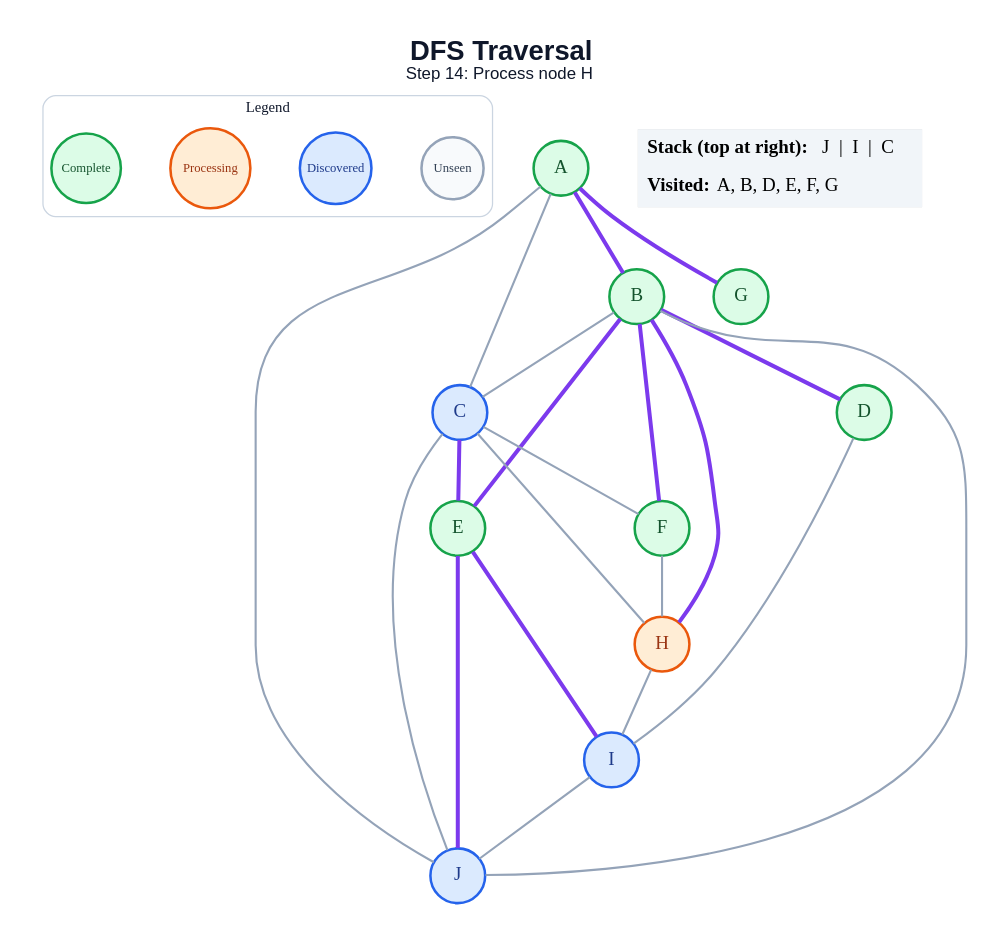
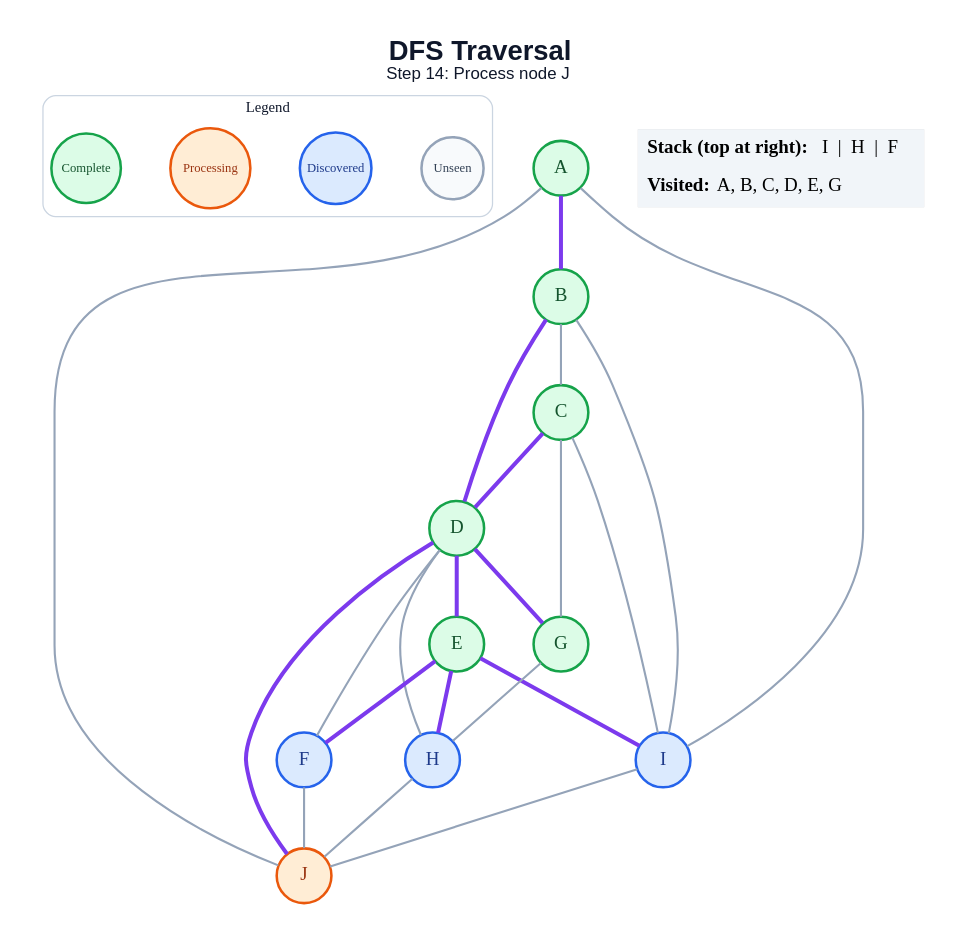
Before and after one commit to anon7238593-create/ai-slop: the diagram in generated/specific-node/dfs/step_14.dot, drawn with Graphviz. The commit also changed 171 other files, not shown here.

```diff
--- a/generated/specific-node/dfs/step_14.dot
+++ b/generated/specific-node/dfs/step_14.dot
@@ -1,49 +1,50 @@
 graph traversal {
   graph [layout=dot, rankdir=TB, bgcolor="#FFFFFF", pad="0.35", nodesep="0.65", ranksep="0.8", fontname="Arial"];
   node [shape=circle, style="filled", fontname="Arial Bold", fontsize=18, width=0.72, fixedsize=true, penwidth=2.4];
   edge [color="#94A3B8", penwidth=2.0];
-  label=<<B>DFS Traversal</B><BR/><FONT POINT-SIZE="16">Step 14: Process node H</FONT>>; labelloc="t"; fontsize=26; fontname="Arial"; fontcolor="#0F172A";
+  label=<<B>DFS Traversal</B><BR/><FONT POINT-SIZE="16">Step 14: Process node J</FONT>>; labelloc="t"; fontsize=26; fontname="Arial"; fontcolor="#0F172A";
   subgraph cluster_legend { label="Legend"; color="#CBD5E1"; penwidth=1.2; style="rounded"; fontsize=14; fontname="Arial Bold";
     key_unseen [label="Unseen", fillcolor="#F8FAFC", color="#94A3B8", fontcolor="#334155", fontsize=12, width=0.82];
     key_frontier [label="Discovered", fillcolor="#DBEAFE", color="#2563EB", fontcolor="#1E3A8A", fontsize=12, width=0.95];
     key_current [label="Processing", fillcolor="#FFEDD5", color="#EA580C", fontcolor="#9A3412", fontsize=12, width=1.05];
     key_done [label="Complete", fillcolor="#DCFCE7", color="#16A34A", fontcolor="#14532D", fontsize=12, width=0.92];
     { rank=same; key_unseen; key_frontier; key_current; key_done; }
   }
   A [fillcolor="#DCFCE7", color="#16A34A", fontcolor="#14532D"];
   B [fillcolor="#DCFCE7", color="#16A34A", fontcolor="#14532D"];
-  C [fillcolor="#DBEAFE", color="#2563EB", fontcolor="#1E3A8A"];
+  C [fillcolor="#DCFCE7", color="#16A34A", fontcolor="#14532D"];
   D [fillcolor="#DCFCE7", color="#16A34A", fontcolor="#14532D"];
   E [fillcolor="#DCFCE7", color="#16A34A", fontcolor="#14532D"];
-  F [fillcolor="#DCFCE7", color="#16A34A", fontcolor="#14532D"];
+  F [fillcolor="#DBEAFE", color="#2563EB", fontcolor="#1E3A8A"];
   G [fillcolor="#DCFCE7", color="#16A34A", fontcolor="#14532D"];
-  H [fillcolor="#FFEDD5", color="#EA580C", fontcolor="#9A3412"];
+  H [fillcolor="#DBEAFE", color="#2563EB", fontcolor="#1E3A8A"];
   I [fillcolor="#DBEAFE", color="#2563EB", fontcolor="#1E3A8A"];
-  J [fillcolor="#DBEAFE", color="#2563EB", fontcolor="#1E3A8A"];
+  J [fillcolor="#FFEDD5", color="#EA580C", fontcolor="#9A3412"];
   A -- B [color="#7C3AED", penwidth=3.8];
-  A -- C;
-  A -- G [color="#7C3AED", penwidth=3.8];
+  A -- I;
   A -- J;
   B -- C;
   B -- D [color="#7C3AED", penwidth=3.8];
-  B -- E [color="#7C3AED", penwidth=3.8];
-  B -- F [color="#7C3AED", penwidth=3.8];
-  B -- H [color="#7C3AED", penwidth=3.8];
-  B -- J;
-  C -- E [color="#7C3AED", penwidth=3.8];
-  C -- F;
-  C -- H;
-  C -- J;
-  D -- I;
+  B -- I;
+  C -- D [color="#7C3AED", penwidth=3.8];
+  C -- G;
+  C -- I;
+  D -- E [color="#7C3AED", penwidth=3.8];
+  D -- F;
+  D -- G [color="#7C3AED", penwidth=3.8];
+  D -- H;
+  D -- J [color="#7C3AED", penwidth=3.8];
+  E -- F [color="#7C3AED", penwidth=3.8];
+  E -- H [color="#7C3AED", penwidth=3.8];
   E -- I [color="#7C3AED", penwidth=3.8];
-  E -- J [color="#7C3AED", penwidth=3.8];
-  F -- H;
-  H -- I;
+  F -- J;
+  G -- H;
+  H -- J;
   I -- J;
   status [shape=plain, fixedsize=false, width=0, height=0, margin=0, label=<
     <TABLE BORDER="0" CELLBORDER="0" CELLPADDING="7" BGCOLOR="#F1F5F9">
-      <TR><TD ALIGN="LEFT"><B>Stack (top at right):</B> J  |  I  |  C</TD></TR>
-      <TR><TD ALIGN="LEFT"><B>Visited:</B> A, B, D, E, F, G</TD></TR>
+      <TR><TD ALIGN="LEFT"><B>Stack (top at right):</B> I  |  H  |  F</TD></TR>
+      <TR><TD ALIGN="LEFT"><B>Visited:</B> A, B, C, D, E, G</TD></TR>
     </TABLE>
   >];
 }
```
